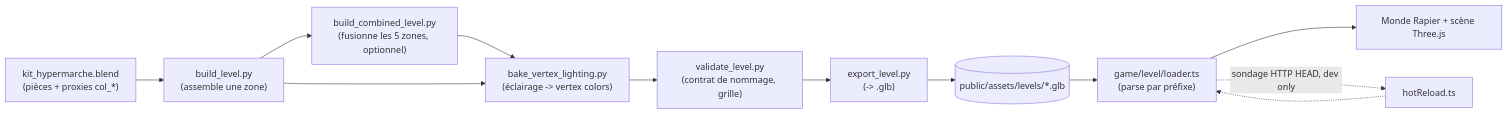
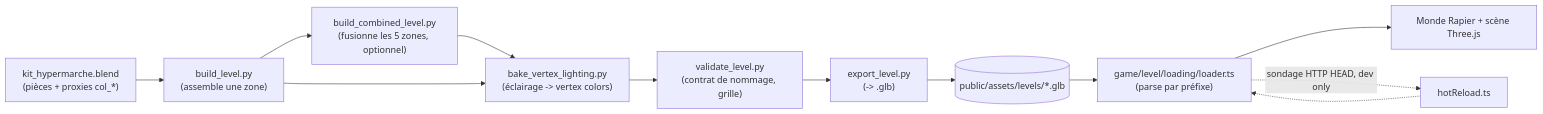
Before and after one commit to benjiGir/projet-cassandre: the diagram in docs/archive/pipeline-niveau-blender.md, drawn with Mermaid. The commit also changed other lines of this file and 457 other files, not shown here.

````diff
--- a/docs/archive/pipeline-niveau-blender.md
+++ b/docs/archive/pipeline-niveau-blender.md
@@ -30,14 +30,14 @@
 ```mermaid
 flowchart LR
     KIT["kit_hypermarche.blend\n(pièces + proxies col_*)"] --> BUILD["build_level.py\n(assemble une zone)"]
     BUILD --> COMBINE["build_combined_level.py\n(fusionne les 5 zones, optionnel)"]
     COMBINE --> BAKE["bake_vertex_lighting.py\n(éclairage -> vertex colors)"]
     BUILD --> BAKE
     BAKE --> VALIDATE["validate_level.py\n(contrat de nommage, grille)"]
     VALIDATE --> EXPORT["export_level.py\n(-> .glb)"]
     EXPORT --> GLB[("public/assets/levels/*.glb")]
-    GLB --> LOADER["game/level/loader.ts\n(parse par préfixe)"]
+    GLB --> LOADER["game/level/loading/loader.ts\n(parse par préfixe)"]
     LOADER --> WORLD["Monde Rapier + scène Three.js"]
     LOADER -. "sondage HTTP HEAD, dev only" .-> HOT["hotReload.ts"]
     HOT -.-> LOADER
 ```
````
